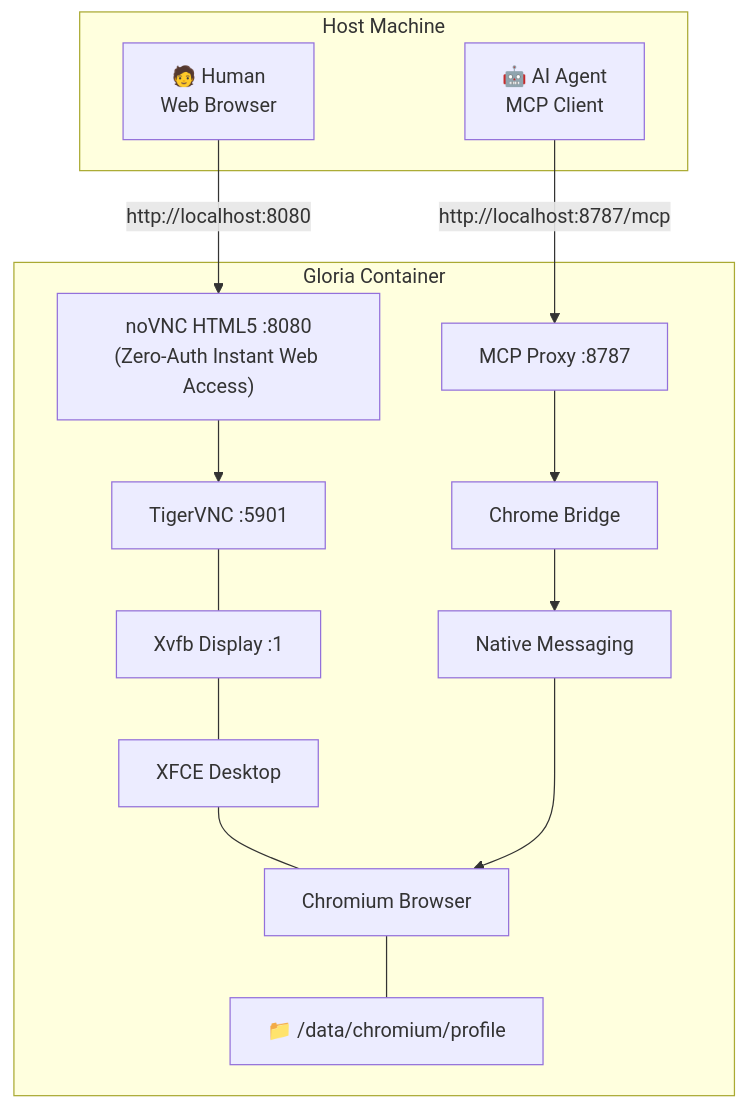
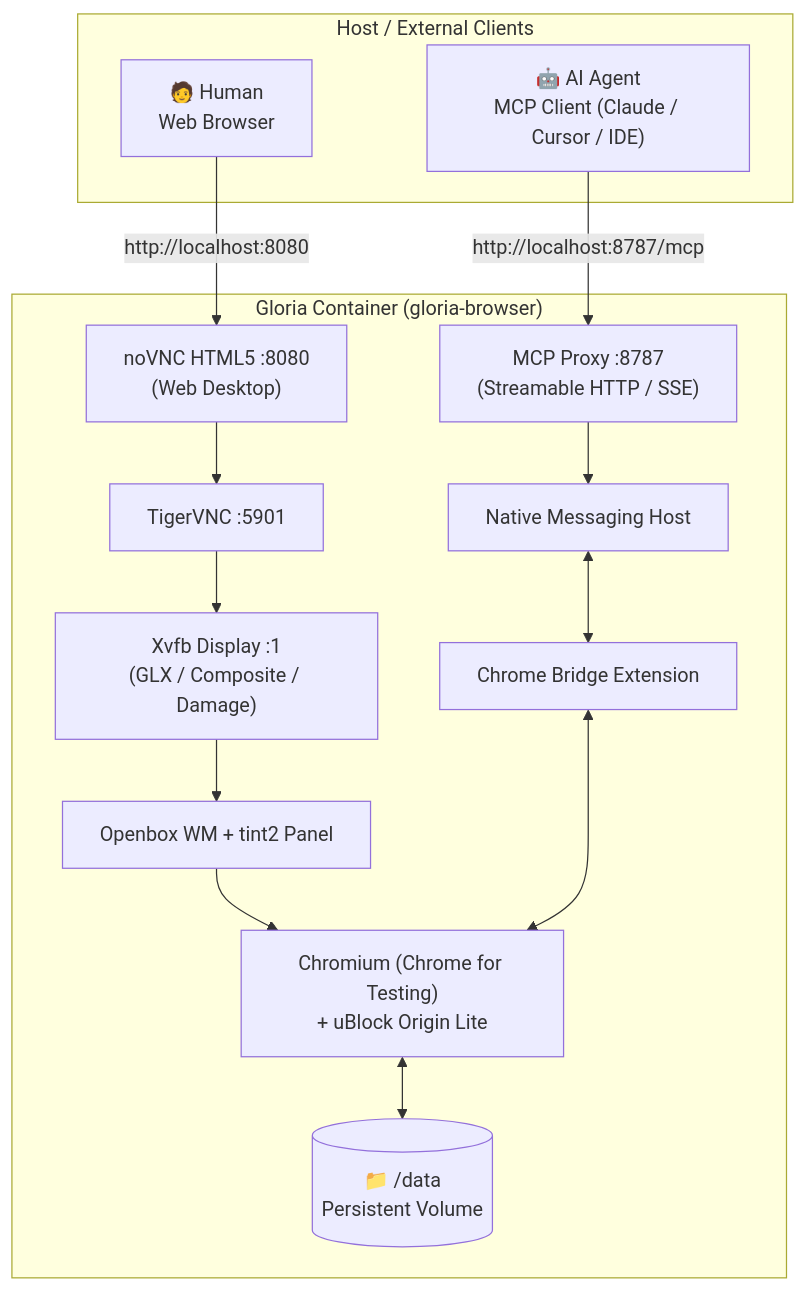
The diagram in README.md (sh7vansh/gloria), drawn with Mermaid before and after one commit. The commit also changed other lines of this file and 4 other files, not shown here.

Commit message:
docs: update README and scripts to accurately reflect single-container noVNC and Openbox architecture

````diff
--- a/README.md
+++ b/README.md
@@ -15,32 +34,32 @@
 ```mermaid
 graph TB
-    subgraph "Host Machine"
+    subgraph "Host / External Clients"
         Human["🧑 Human<br>Web Browser"]
-        AI["🤖 AI Agent<br>MCP Client"]
+        AI["🤖 AI Agent<br>MCP Client (Claude / Cursor / IDE)"]
     end
 
-    subgraph "Gloria Container"
-        WebDesktop["noVNC HTML5 :8080<br>(Zero-Auth Instant Web Access)"]
+    subgraph "Gloria Container (gloria-browser)"
+        Web["noVNC HTML5 :8080<br>(Web Desktop)"]
         VNC["TigerVNC :5901"]
-        Xvfb["Xvfb Display :1"]
-        XFCE["XFCE Desktop"]
-        Chromium["Chromium Browser"]
-        CB["Chrome Bridge"]
-        NM["Native Messaging"]
-        MCP["MCP Proxy :8787"]
-        Profile["📁 /data/chromium/profile"]
+        Xvfb["Xvfb Display :1<br>(GLX / Composite / Damage)"]
+        WM["Openbox WM + tint2 Panel"]
+        Browser["Chromium (Chrome for Testing)<br>+ uBlock Origin Lite"]
+        CB["Chrome Bridge Extension"]
+        NMH["Native Messaging Host"]
+        MCP["MCP Proxy :8787<br>(Streamable HTTP / SSE)"]
+        Storage[("📁 /data<br>Persistent Volume")]
 
-        WebDesktop --> VNC
-        VNC --- Xvfb
-        Xvfb --- XFCE
-        XFCE --- Chromium
-        Chromium --- Profile
+        Web --> VNC
+        VNC --> Xvfb
+        Xvfb --> WM
+        WM --> Browser
+        Browser <--> Storage
 
-        MCP --> CB
-        CB --> NM
-        NM --> Chromium
+        MCP --> NMH
+        NMH <--> CB
+        CB <--> Browser
     end
 
-    Human -->|"http://localhost:8080"| WebDesktop
+    Human -->|"http://localhost:8080"| Web
     AI -->|"http://localhost:8787/mcp"| MCP
 ```
````
